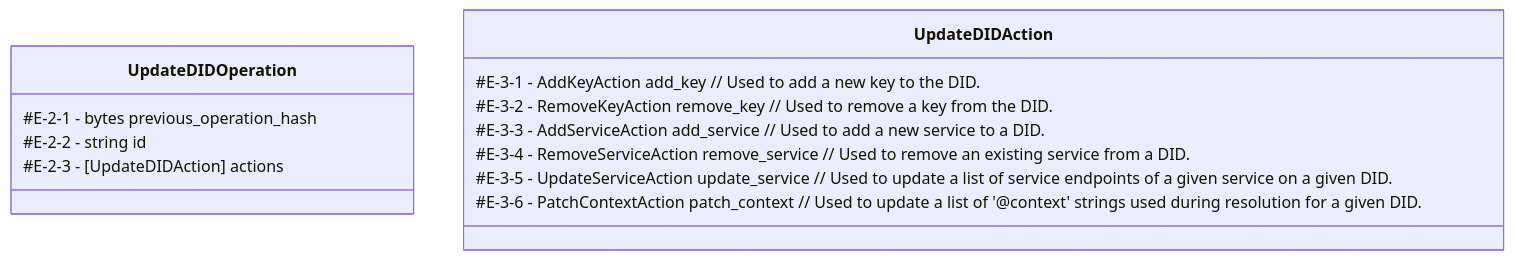
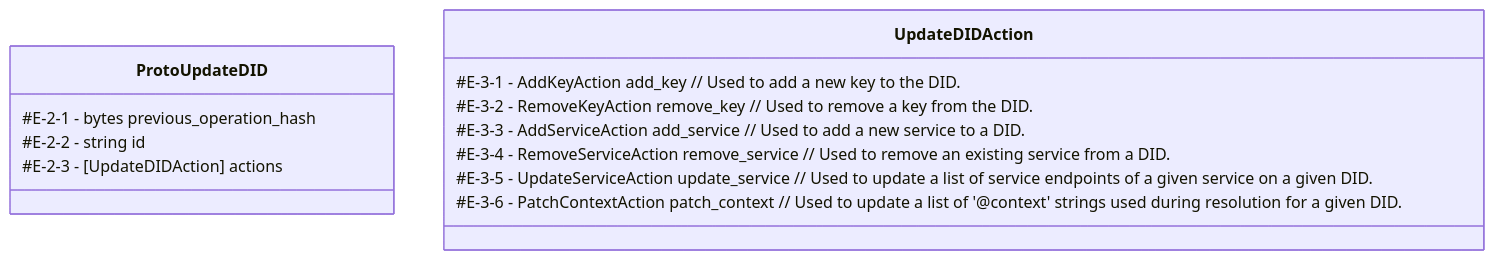
One commit to hyperledger-identus/prism-vdr-driver changed the sixth of 11 diagrams in prism-vdr-specification.md. Above: the diagram before and after it, drawn with Mermaid. The commit also changed other lines of this file, not shown here.

Commit message:
cleanup proto files & minor improvements

````diff
--- a/prism-vdr-specification.md
+++ b/prism-vdr-specification.md
@@ -344,15 +344,15 @@
 ```mermaid
 classDiagram
-class UpdateDIDOperation
-UpdateDIDOperation : #E-2-1 - bytes previous_operation_hash
-UpdateDIDOperation : #E-2-2 - string id
-UpdateDIDOperation : #E-2-3 - [UpdateDIDAction] actions
+class ProtoUpdateDID
+ProtoUpdateDID : #E-2-1 - bytes previous_operation_hash
+ProtoUpdateDID : #E-2-2 - string id
+ProtoUpdateDID : #E-2-3 - [UpdateDIDAction] actions
 
 class UpdateDIDAction
 UpdateDIDAction : #E-3-1 - AddKeyAction add_key // Used to add a new key to the DID.
 UpdateDIDAction : #E-3-2 - RemoveKeyAction remove_key // Used to remove a key from the DID.
 UpdateDIDAction : #E-3-3 - AddServiceAction add_service // Used to add a new service to a DID.
 UpdateDIDAction : #E-3-4 - RemoveServiceAction remove_service // Used to remove an existing service from a DID.
 UpdateDIDAction : #E-3-5 - UpdateServiceAction update_service // Used to update a list of service endpoints of a given service on a given DID.
 UpdateDIDAction : #E-3-6 - PatchContextAction patch_context // Used to update a list of '@context' strings used during resolution for a given DID.
 ```
````
